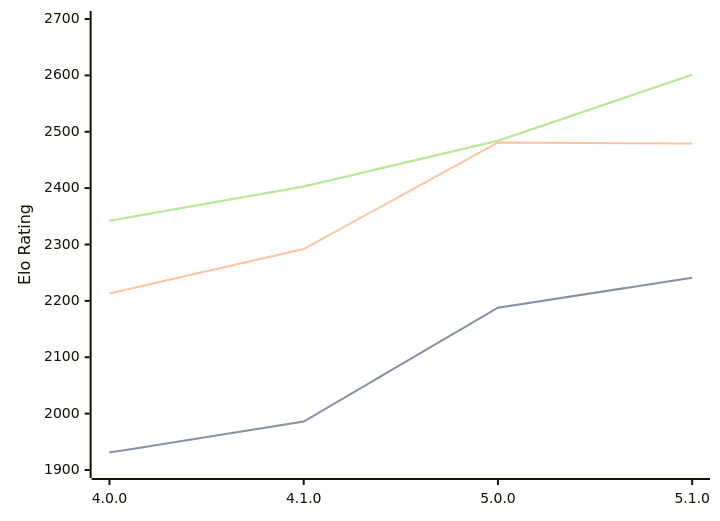
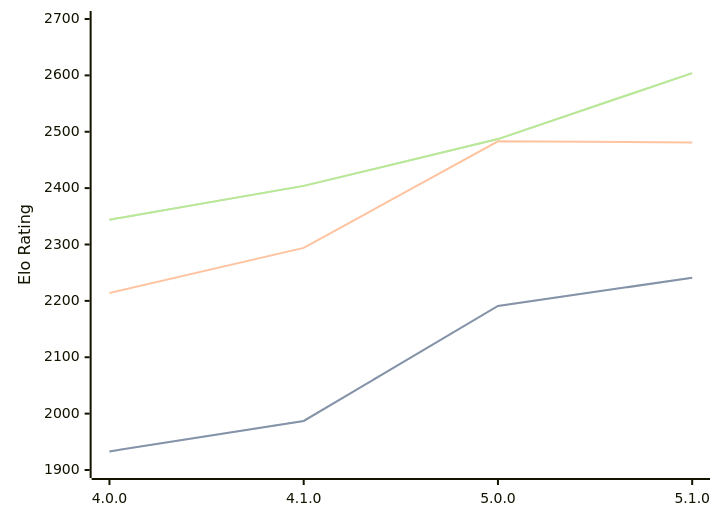
Before and after one commit to computer-chess-index/cci: the diagram in engines/Aconcagua.md, drawn with Mermaid. The commit also changed other lines of this file, not shown here.

Commit message:
Update CCI Ratings (ELO VLTC) - 2026-03-29

````diff
--- a/engines/Aconcagua.md
+++ b/engines/Aconcagua.md
@@ -43,11 +43,11 @@
 ```mermaid
 %%{init: {"theme":"base","themeVariables":{"seriesColors:['#a3a3a3','#222221','#faa371']}}}%%
 xychart-beta
   x-axis ["4.0.0", "4.1.0", "5.0.0", "5.1.0"]
   y-axis "Elo Rating" 1900 --> 2700
-  line "STC (8.0+0.08s)" [1931, 1986, 2188, 2241]
-  line "STC (8.0+0.08s)" [1931, 1986, 2188, 2241]
-  line "LTC (60.0+0.60s)" [2213, 2292, 2481, 2479]
-  line "VLTC (2m24s+1.12s)" [2342, 2403, 2484, 2601]
-  line "VLTC (2m24s+1.12s)" [2342, 2403, 2484, 2601]
+  line "STC (8.0+0.08s)" [1933, 1987, 2191, 2241]
+  line "STC (8.0+0.08s)" [1933, 1987, 2191, 2241]
+  line "LTC (60.0+0.60s)" [2214, 2294, 2483, 2481]
+  line "VLTC (2m24s+1.12s)" [2344, 2404, 2487, 2604]
+  line "VLTC (2m24s+1.12s)" [2344, 2404, 2487, 2604]
 ```
````
